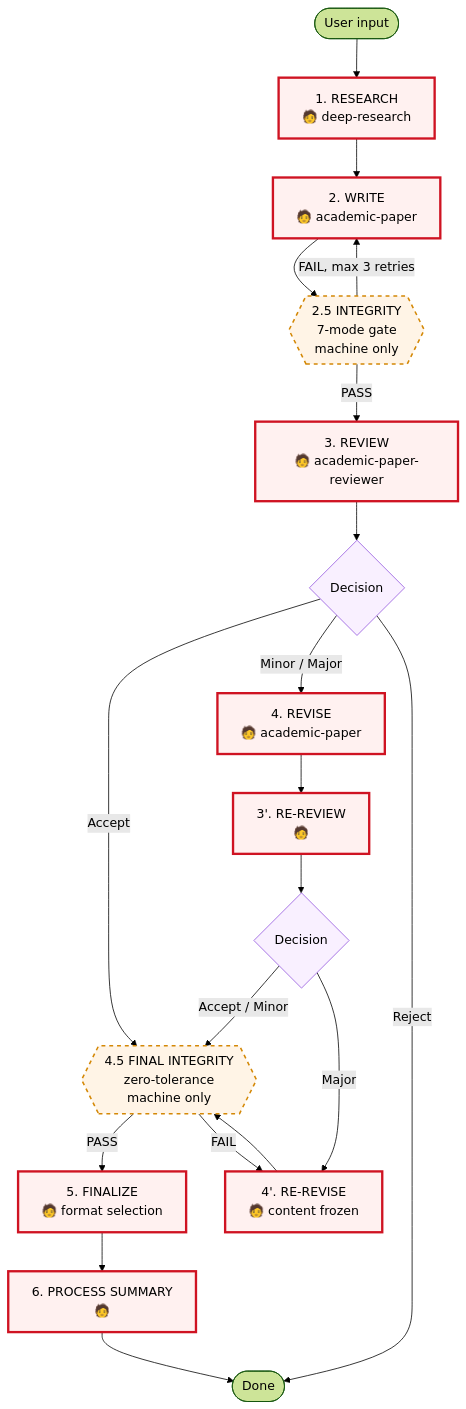
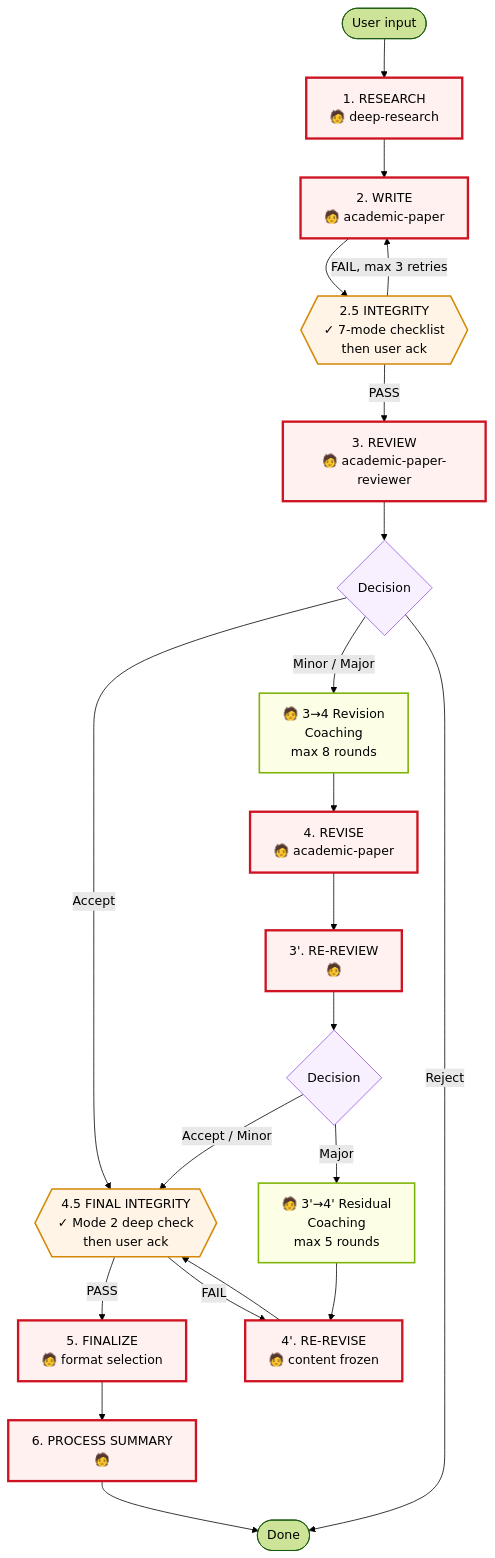
One commit to Masqiller/ARG-RESEARCHER-V4.1 changed the first of 4 diagrams in docs/ARCHITECTURE.md. Above: the diagram before and after it, drawn with Mermaid (forest theme). The commit also changed other lines of this file, not shown here.

First line of the commit message:
docs(architecture): address PR #18 review

````diff
--- a/docs/ARCHITECTURE.md
+++ b/docs/ARCHITECTURE.md
@@ -35,39 +44,43 @@
 ```mermaid
 flowchart TD
     Start([User input])
     S1[1. RESEARCH<br/>🧑 deep-research]
     S2[2. WRITE<br/>🧑 academic-paper]
-    G25{{2.5 INTEGRITY<br/>7-mode gate<br/>machine only}}
+    G25{{2.5 INTEGRITY<br/>✓ 7-mode checklist<br/>then user ack}}
     S3[3. REVIEW<br/>🧑 academic-paper-reviewer]
     D3{Decision}
+    RC[🧑 3→4 Revision<br/>Coaching<br/>max 8 rounds]
     S4[4. REVISE<br/>🧑 academic-paper]
     S3p[3'. RE-REVIEW<br/>🧑]
     D3p{Decision}
+    RS[🧑 3'→4' Residual<br/>Coaching<br/>max 5 rounds]
     S4p[4'. RE-REVISE<br/>🧑 content frozen]
-    G45{{4.5 FINAL INTEGRITY<br/>zero-tolerance<br/>machine only}}
+    G45{{4.5 FINAL INTEGRITY<br/>✓ Mode 2 deep check<br/>then user ack}}
     S5[5. FINALIZE<br/>🧑 format selection]
     S6[6. PROCESS SUMMARY<br/>🧑]
     End([Done])
 
     Start --> S1 --> S2 --> G25
     G25 -- PASS --> S3
     G25 -- FAIL, max 3 retries --> S2
     S3 --> D3
     D3 -- Accept --> G45
-    D3 -- Minor / Major --> S4
+    D3 -- Minor / Major --> RC --> S4
     D3 -- Reject --> End
     S4 --> S3p --> D3p
     D3p -- Accept / Minor --> G45
-    D3p -- Major --> S4p
+    D3p -- Major --> RS --> S4p
     S4p --> G45
     G45 -- PASS --> S5
     G45 -- FAIL --> S4p
     S5 --> S6 --> End
 
     classDef humanGate fill:#fff1f0,stroke:#cf1322,stroke-width:3px
-    classDef machineGate fill:#fff4e6,stroke:#d48806,stroke-width:2px,stroke-dasharray:5 5
+    classDef integrityGate fill:#fff4e6,stroke:#d48806,stroke-width:2px
+    classDef coaching fill:#fcffe6,stroke:#7cb305,stroke-width:2px
     classDef decision fill:#f9f0ff,stroke:#9254de
     class S1,S2,S3,S4,S3p,S4p,S5,S6 humanGate
-    class G25,G45 machineGate
+    class G25,G45 integrityGate
+    class RC,RS coaching
     class D3,D3p decision
 ```
````
